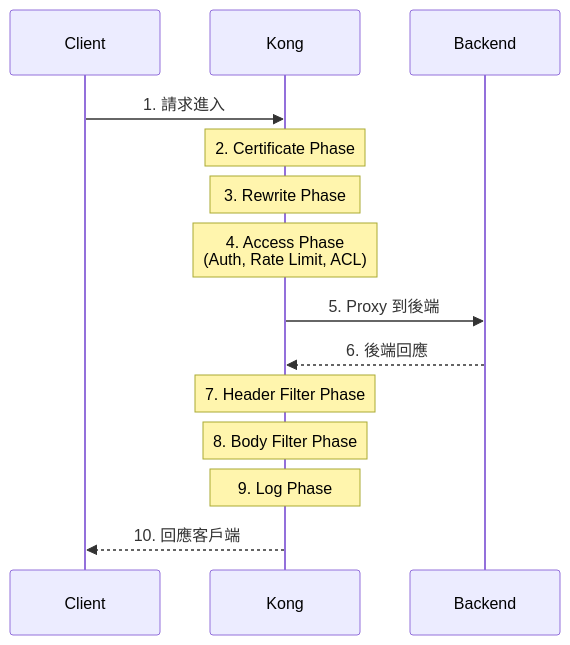
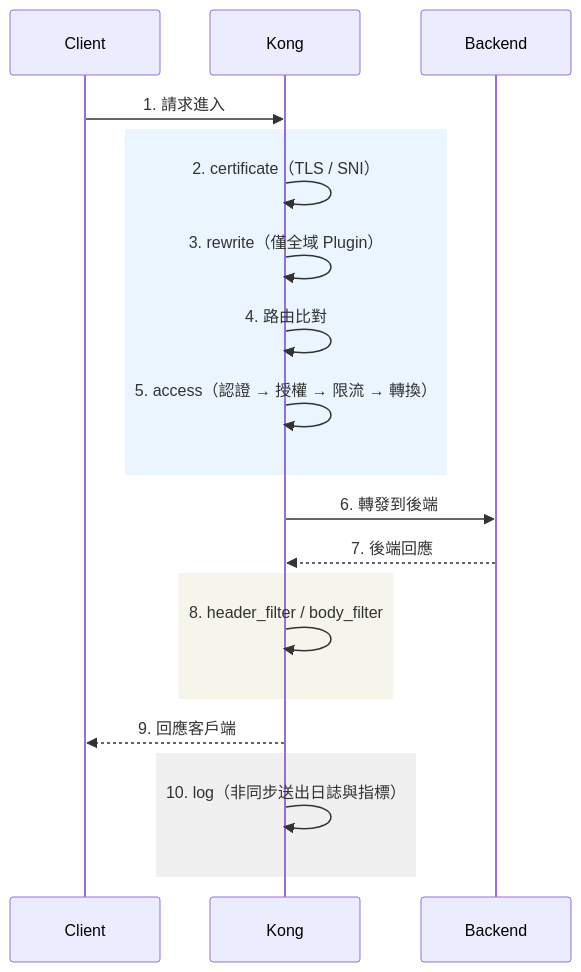
One commit to chihhung/Blog changed the tenth of 22 diagrams in content/posts/教學/工具/Kong API Gateway教學手冊.md. Above: the diagram before and after it, drawn with Mermaid. The commit also changed other lines of this file and 10 other files, not shown here.

````diff
--- a/content/posts/教學/工具/Kong API Gateway教學手冊.md
+++ b/content/posts/教學/工具/Kong API Gateway教學手冊.md
@@ -760,17 +1405,23 @@
 ```mermaid
 sequenceDiagram
     participant Client
     participant Kong
     participant Backend
-    
+
     Client->>Kong: 1. 請求進入
-    Note over Kong: 2. Certificate Phase
-    Note over Kong: 3. Rewrite Phase
-    Note over Kong: 4. Access Phase<br/>(Auth, Rate Limit, ACL)
-    Kong->>Backend: 5. Proxy 到後端
-    Backend-->>Kong: 6. 後端回應
-    Note over Kong: 7. Header Filter Phase
-    Note over Kong: 8. Body Filter Phase
-    Note over Kong: 9. Log Phase
-    Kong-->>Client: 10. 回應客戶端
+    rect rgb(235, 245, 255)
+        Kong->>Kong: 2. certificate（TLS / SNI）
+        Kong->>Kong: 3. rewrite（僅全域 Plugin）
+        Kong->>Kong: 4. 路由比對
+        Kong->>Kong: 5. access（認證 → 授權 → 限流 → 轉換）
+    end
+    Kong->>Backend: 6. 轉發到後端
+    Backend-->>Kong: 7. 後端回應
+    rect rgb(245, 245, 235)
+        Kong->>Kong: 8. header_filter / body_filter
+    end
+    Kong-->>Client: 9. 回應客戶端
+    rect rgb(240, 240, 240)
+        Kong->>Kong: 10. log（非同步送出日誌與指標）
+    end
 ```
````
